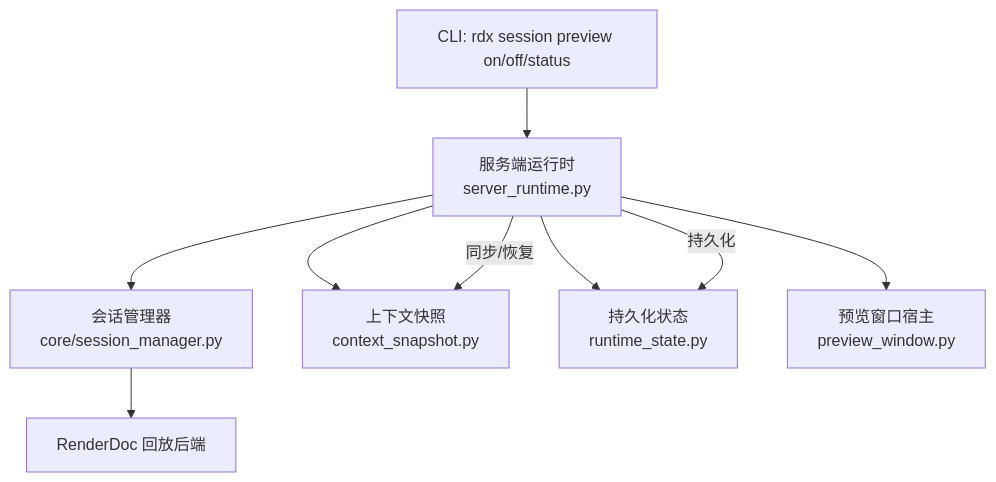
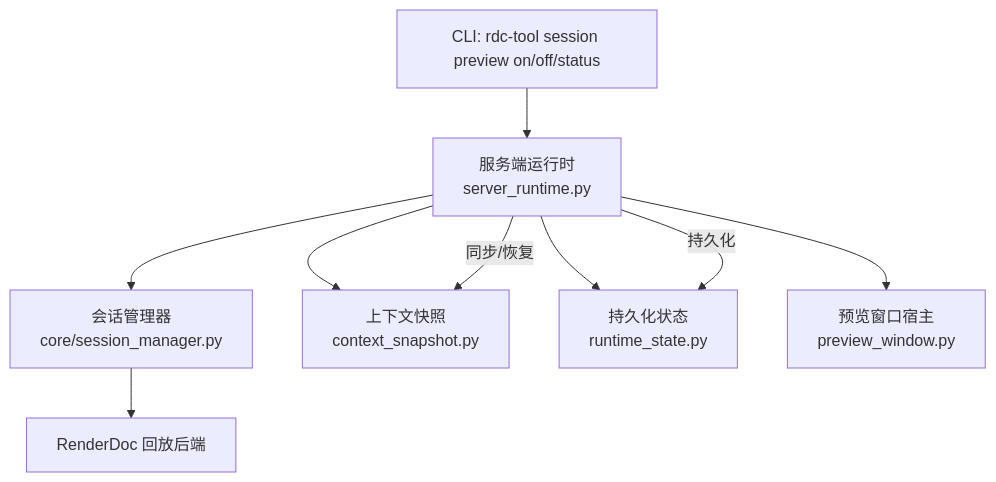
The first of 8 diagrams in .qoder/repowiki/zh/content/CLI参考手册/会话管理命令.md (haolange/RDC-Tool), drawn with Mermaid before and after one commit. The commit also changed other lines of this file and 388 other files, not shown here.

First line of the commit message:
Release RDC-Tool identity and public maintenance surface

````diff
--- a/.qoder/repowiki/zh/content/CLI参考手册/会话管理命令.md
+++ b/.qoder/repowiki/zh/content/CLI参考手册/会话管理命令.md
@@ -44,11 +44,11 @@
 ```mermaid
 graph TB
-CLI["CLI: rdx session preview on/off/status"] --> SR["服务端运行时<br/>server_runtime.py"]
+CLI["CLI: rdc-tool session preview on/off/status"] --> SR["服务端运行时<br/>server_runtime.py"]
 SR --> SM["会话管理器<br/>core/session_manager.py"]
 SR --> CS["上下文快照<br/>context_snapshot.py"]
 SR --> RS["持久化状态<br/>runtime_state.py"]
 SR --> PW["预览窗口宿主<br/>preview_window.py"]
 SM --> RD["RenderDoc 回放后端"]
 SR --> |同步/恢复| CS
 SR --> |持久化| RS
 ```
````
